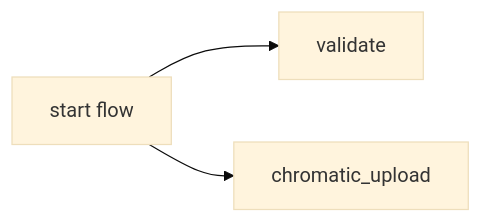
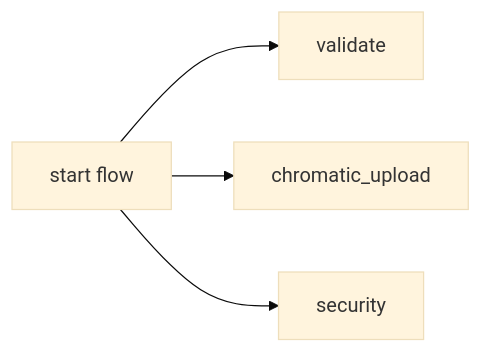
One commit to JupiterOne/.github changed the second of 2 diagrams in .github/workflows/docs/frontend/frontend_npm_pr.md. Above: the diagram before and after it, drawn with Mermaid (base theme). The commit also changed other lines of this file and 21 other files, not shown here.

````diff
--- a/.github/workflows/docs/frontend/frontend_npm_pr.md
+++ b/.github/workflows/docs/frontend/frontend_npm_pr.md
@@ -67,9 +68,11 @@
 ```mermaid
 graph LR;
     A[start flow];
     B[validate];
     C[chromatic_upload];
+    D[security];
 
     A --> B;
     A --> C;
+    A --> D;
 ```
````
